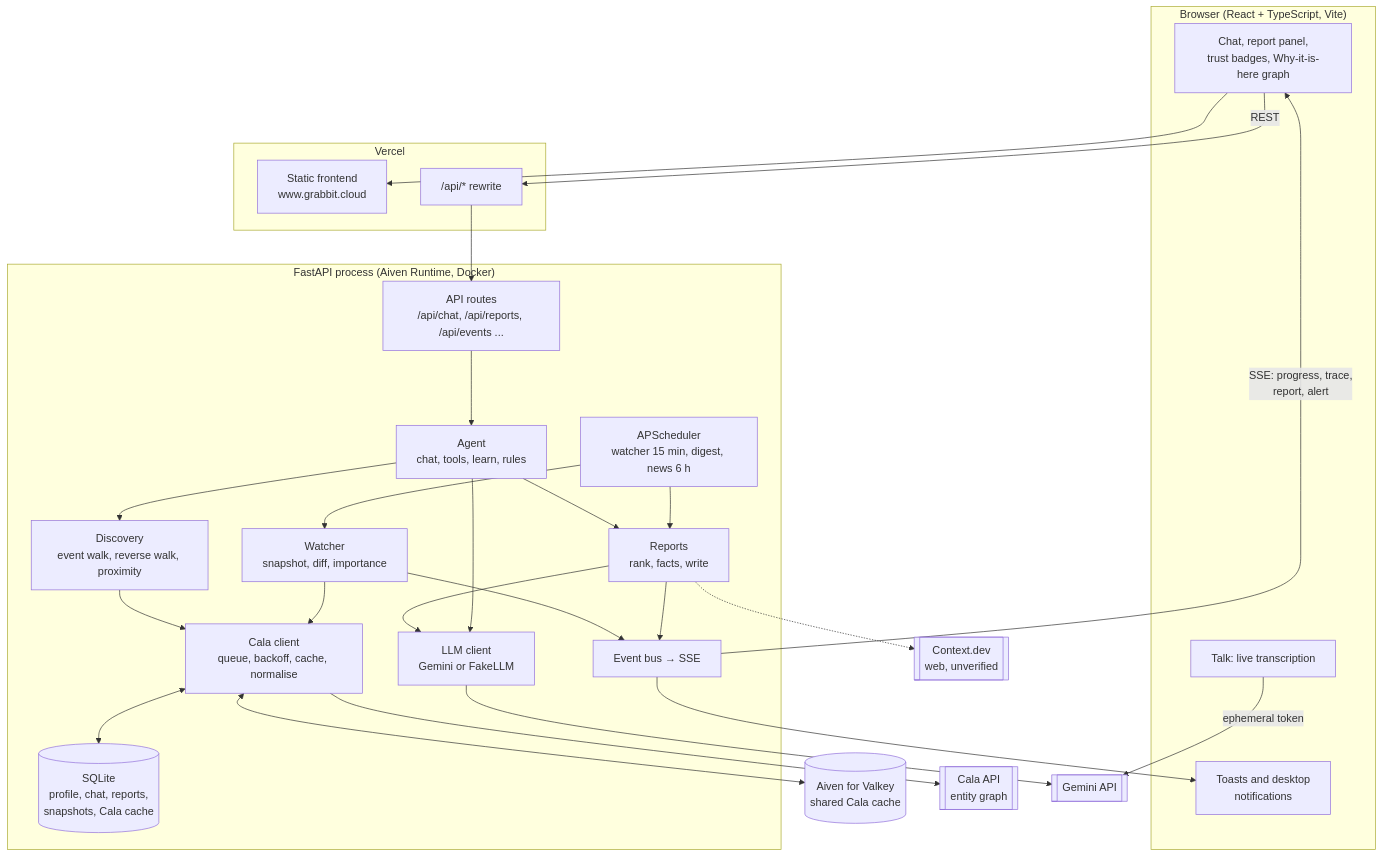
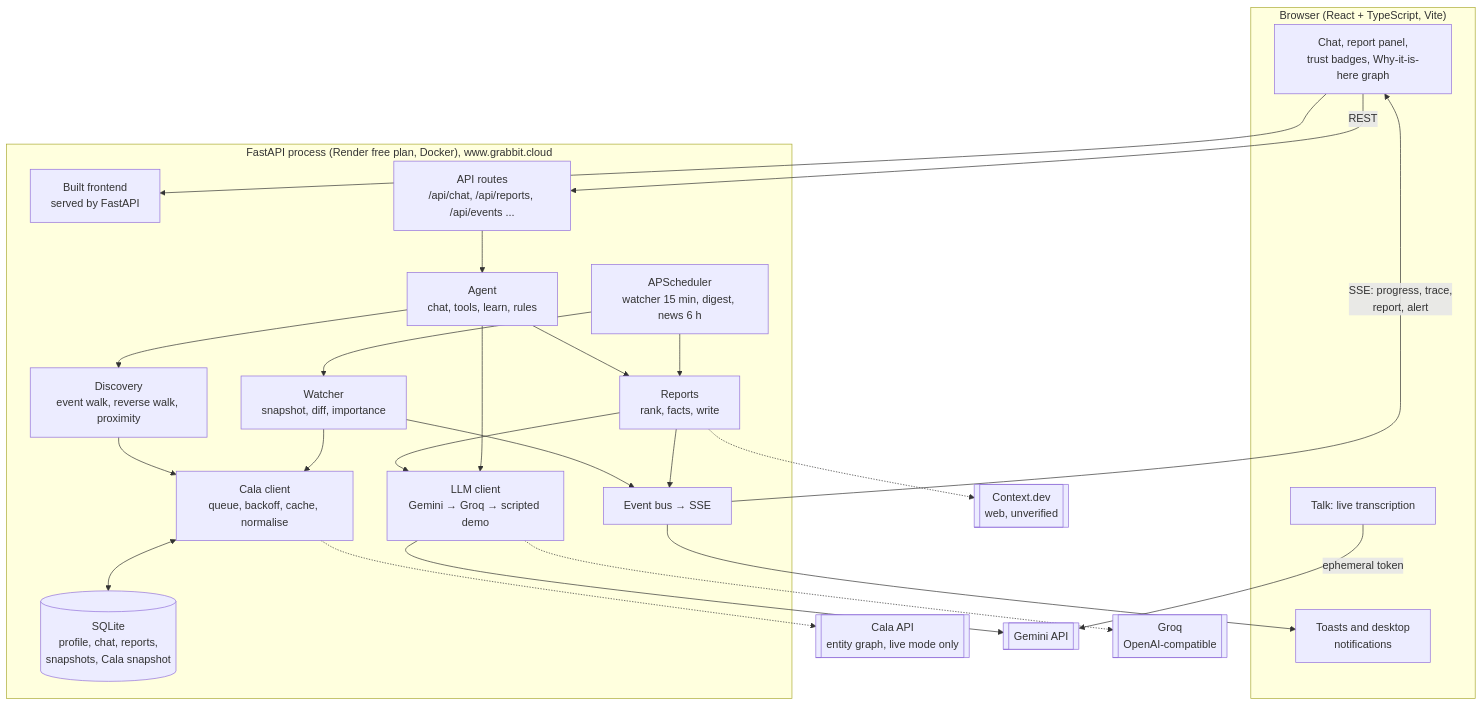
The second of 11 diagrams in docs/how-it-works.md (JJavierBS/Grabbit), drawn with Mermaid before and after one commit. The commit also changed 3 other files, not shown here.

````diff
--- a/docs/how-it-works.md
+++ b/docs/how-it-works.md
@@ -61,49 +61,45 @@
 ```mermaid
 flowchart TB
   subgraph Browser["Browser (React + TypeScript, Vite)"]
     UI["Chat, report panel,<br/>trust badges, Why-it-is-here graph"]
     Notif["Toasts and desktop<br/>notifications"]
     Mic["Talk: live transcription"]
   end
 
-  subgraph Edge["Vercel"]
-    Static["Static frontend<br/>www.grabbit.cloud"]
-    Proxy["/api/* rewrite"]
-  end
-
-  subgraph API["FastAPI process (Aiven Runtime, Docker)"]
+  subgraph API["FastAPI process (Render free plan, Docker), www.grabbit.cloud"]
+    Static["Built frontend<br/>served by FastAPI"]
     Routes["API routes<br/>/api/chat, /api/reports, /api/events ..."]
     Agent["Agent<br/>chat, tools, learn, rules"]
     Disc["Discovery<br/>event walk, reverse walk, proximity"]
     Reports["Reports<br/>rank, facts, write"]
     Watcher["Watcher<br/>snapshot, diff, importance"]
     Sched["APScheduler<br/>watcher 15 min, digest, news 6 h"]
     Bus["Event bus → SSE"]
     CalaC["Cala client<br/>queue, backoff, cache, normalise"]
-    LLM["LLM client<br/>Gemini or FakeLLM"]
-    Store[("SQLite<br/>profile, chat, reports,<br/>snapshots, Cala cache")]
+    LLM["LLM client<br/>Gemini → Groq → scripted demo"]
+    Store[("SQLite<br/>profile, chat, reports,<br/>snapshots, Cala snapshot")]
   end
 
-  Valkey[("Aiven for Valkey<br/>shared Cala cache")]
-  Cala[["Cala API<br/>entity graph"]]
+  Cala[["Cala API<br/>entity graph, live mode only"]]
   Gemini[["Gemini API"]]
+  Groq[["Groq<br/>OpenAI-compatible"]]
   Ctx[["Context.dev<br/>web, unverified"]]
 
   UI --> Static
-  UI -- "REST" --> Proxy --> Routes
+  UI -- "REST" --> Routes
   Bus -- "SSE: progress, trace,<br/>report, alert" --> UI
   Bus --> Notif
   Mic -- "ephemeral token" --> Gemini
   Routes --> Agent --> Disc --> CalaC
   Agent --> Reports --> LLM
   Agent --> LLM
   Sched --> Watcher --> CalaC
   Sched --> Reports
   Watcher --> Bus
   Reports --> Bus
   CalaC <--> Store
-  CalaC <--> Valkey
-  CalaC --> Cala
+  CalaC -.-> Cala
   LLM --> Gemini
+  LLM -.-> Groq
   Reports -.-> Ctx
 ```
````
